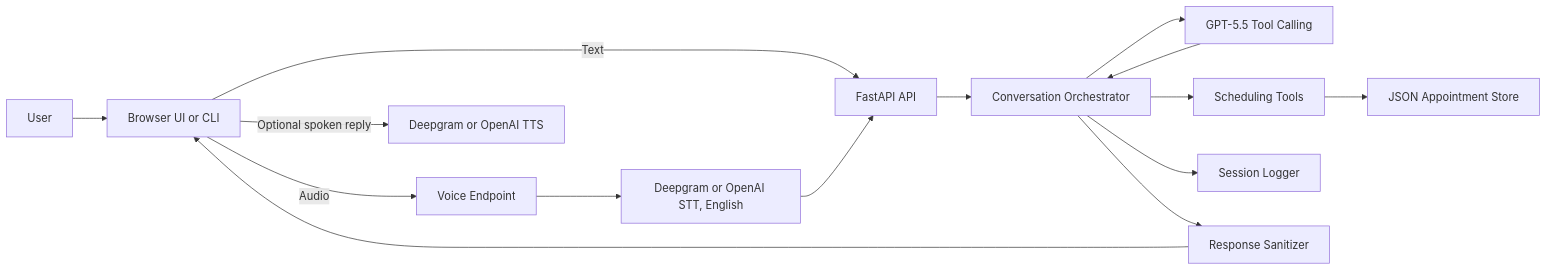
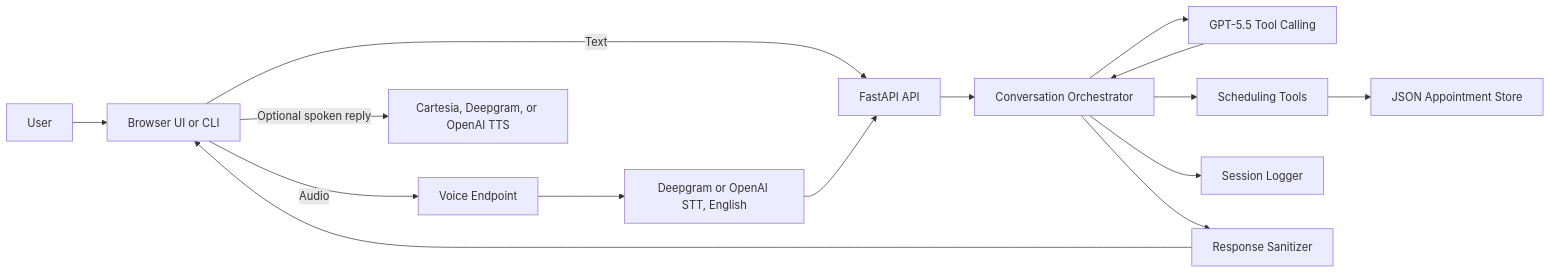
One commit to amankumarhal/scheduling_agent changed the first of 3 diagrams in docs/ARCHITECTURE.md. Above: the diagram before and after it, drawn with Mermaid. The commit also changed other lines of this file and 7 other files, not shown here.

Commit message:
Add Cartesia TTS provider

````diff
--- a/docs/ARCHITECTURE.md
+++ b/docs/ARCHITECTURE.md
@@ -39,17 +39,17 @@
 ```mermaid
 flowchart LR
     User[User] --> Client[Browser UI or CLI]
     Client -->|Text| API[FastAPI API]
     Client -->|Audio| Voice[Voice Endpoint]
     Voice --> STT[Deepgram or OpenAI STT, English]
     STT --> API
     API --> Orchestrator[Conversation Orchestrator]
     Orchestrator --> Model[GPT-5.5 Tool Calling]
     Model --> Orchestrator
     Orchestrator --> Tools[Scheduling Tools]
     Tools --> Store[JSON Appointment Store]
     Orchestrator --> Logger[Session Logger]
     Orchestrator --> Sanitizer[Response Sanitizer]
     Sanitizer --> Client
-    Client -->|Optional spoken reply| TTS[Deepgram or OpenAI TTS]
+    Client -->|Optional spoken reply| TTS[Cartesia, Deepgram, or OpenAI TTS]
 ```
````
